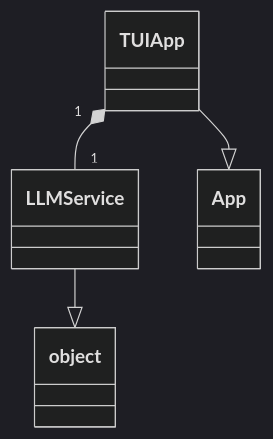
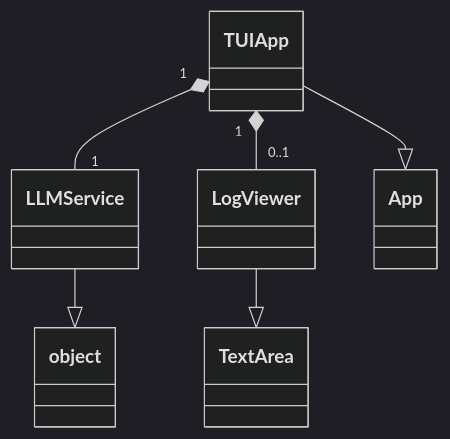
One commit to mlclifton/aipropos changed the second of 3 diagrams in solution_arch.md. Above: the diagram before and after it, drawn with Mermaid (dark theme). The commit also changed other lines of this file and 2 other files, not shown here.

First line of the commit message:
docs: Update architecture and create refactoring backlog

````diff
--- a/solution_arch.md
+++ b/solution_arch.md
@@ -47,6 +60,8 @@
 ```mermaid
 classDiagram
     TUIApp "1" *-- "1" LLMService
+    TUIApp "1" *-- "0..1" LogViewer
     TUIApp --|> App
+    LogViewer --|> TextArea
     LLMService --|> object
 ```
````
